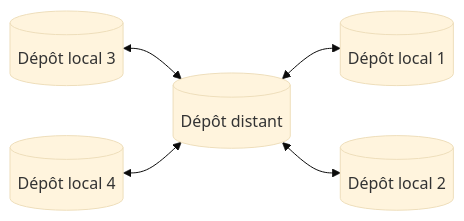
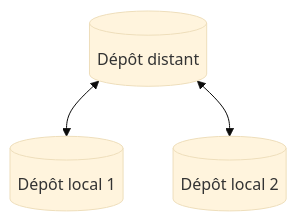
One commit to ludo2ne/Git-tuto changed the second of 2 diagrams in doc/presentation.qmd. Above: the diagram before and after it, drawn with Mermaid (base theme). The commit also changed other lines of this file, not shown here.

````diff
--- a/doc/presentation.qmd
+++ b/doc/presentation.qmd
@@ -589,13 +608,9 @@
 ```{mermaid}
-flowchart LR
+flowchart
     github[(Dépôt distant)]
     dev1[(Dépôt local 1)]
     dev2[(Dépôt local 2)]
-    dev3[(Dépôt local 3)]
-    dev4[(Dépôt local 4)]
     
     github <--> dev1
     github <--> dev2
-    dev3 <--> github
-    dev4 <--> github
 ```
````
